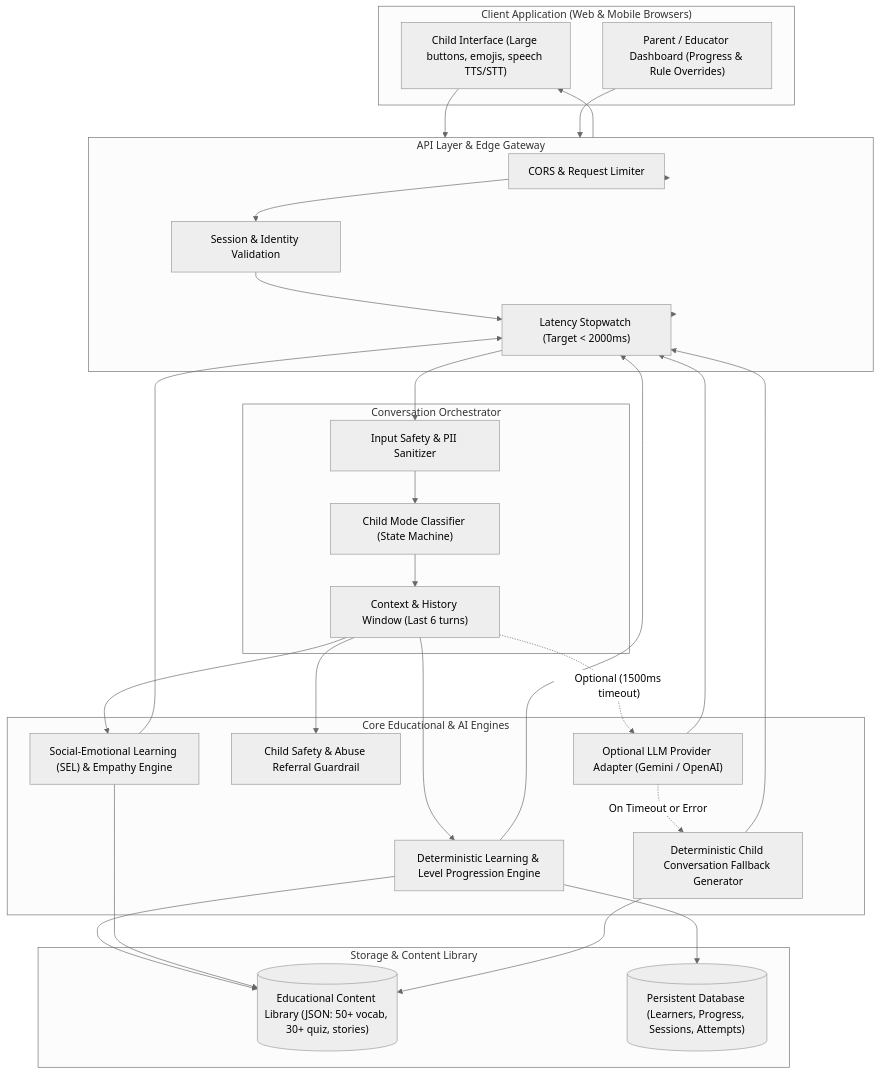
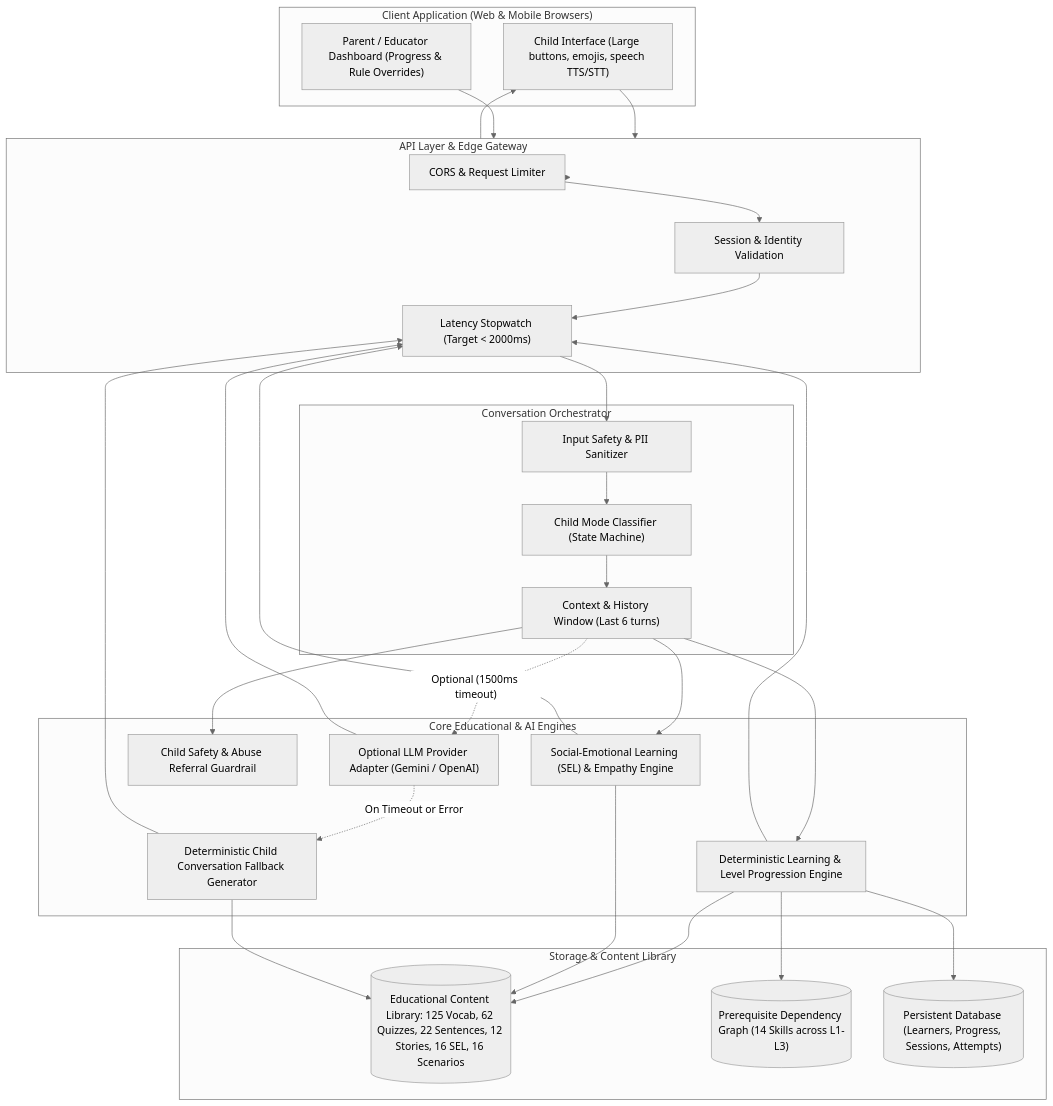
The diagram in docs/ARCHITECTURE.md (Eagl3Eyes/AI-Powered-English-Learning-Chatbot-for-Children-Under-7-Years-Old-), drawn with Mermaid (neutral theme) before and after one commit. The commit also changed other lines of this file and 24 other files, not shown here.

Commit message:
feat: complete advanced adaptive English learning platform with expanded content library, EMA mastery, 5-dimension eval suite, and CI

````diff
--- a/docs/ARCHITECTURE.md
+++ b/docs/ARCHITECTURE.md
@@ -7,57 +7,59 @@
 ```mermaid
 graph TD
   subgraph Client["Client Application (Web & Mobile Browsers)"]
     ChildUI["Child Interface (Large buttons, emojis, speech TTS/STT)"]
     ParentUI["Parent / Educator Dashboard (Progress & Rule Overrides)"]
   end
 
   subgraph Gateway["API Layer & Edge Gateway"]
     CORS["CORS & Request Limiter"]
     SessionHandler["Session & Identity Validation"]
     LatencyTracker["Latency Stopwatch (Target < 2000ms)"]
   end
 
   subgraph Orchestration["Conversation Orchestrator"]
     InputSafety["Input Safety & PII Sanitizer"]
     ModeClassifier["Child Mode Classifier (State Machine)"]
     ContextBuilder["Context & History Window (Last 6 turns)"]
   end
 
   subgraph Engines["Core Educational & AI Engines"]
     LearningEngine["Deterministic Learning & Level Progression Engine"]
     SelEngine["Social-Emotional Learning (SEL) & Empathy Engine"]
     SafetyPolicy["Child Safety & Abuse Referral Guardrail"]
     LLMProvider["Optional LLM Provider Adapter (Gemini / OpenAI)"]
     FallbackGen["Deterministic Child Conversation Fallback Generator"]
   end
 
   subgraph Persistence["Storage & Content Library"]
-    ContentLib[("Educational Content Library (JSON: 50+ vocab, 30+ quiz, stories)")]
+    ContentLib[("Educational Content Library: 125 Vocab, 62 Quizzes, 22 Sentences, 12 Stories, 16 SEL, 16 Scenarios")]
+    SkillGraph[("Prerequisite Dependency Graph (14 Skills across L1-L3)")]
     DB[("Persistent Database (Learners, Progress, Sessions, Attempts)")]
   end
 
   ChildUI --> Gateway
   ParentUI --> Gateway
   Gateway --> CORS --> SessionHandler --> LatencyTracker
   LatencyTracker --> InputSafety
   InputSafety --> ModeClassifier
   ModeClassifier --> ContextBuilder
 
   ContextBuilder --> LearningEngine
   ContextBuilder --> SelEngine
   ContextBuilder --> SafetyPolicy
   ContextBuilder -. Optional (1500ms timeout) .-> LLMProvider
 
   LLMProvider -. On Timeout or Error .-> FallbackGen
   LearningEngine --> DB
   LearningEngine --> ContentLib
+  LearningEngine --> SkillGraph
   SelEngine --> ContentLib
   FallbackGen --> ContentLib
 
   LearningEngine --> LatencyTracker
   SelEngine --> LatencyTracker
   FallbackGen --> LatencyTracker
   LLMProvider --> LatencyTracker
 
   LatencyTracker --> Gateway --> ChildUI
 ```
````
